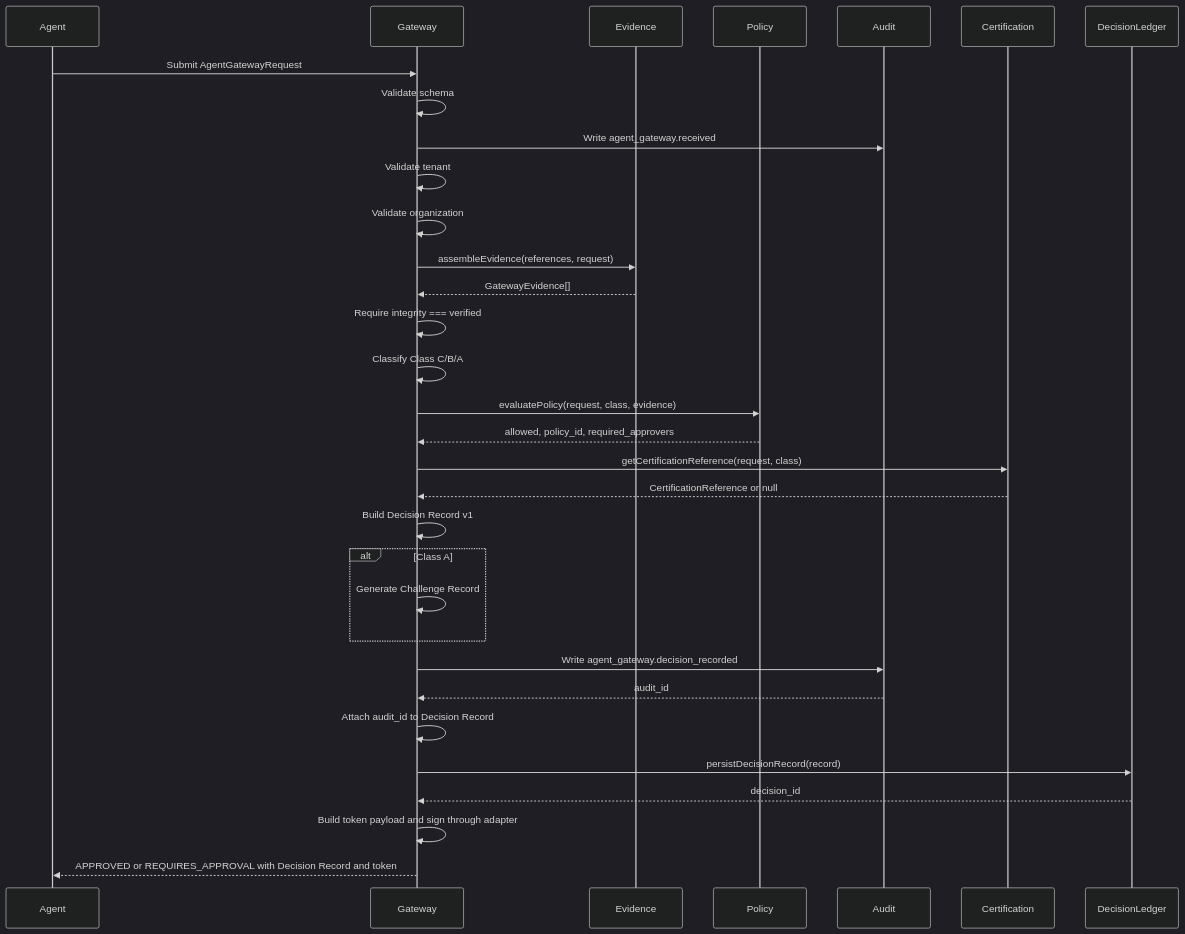
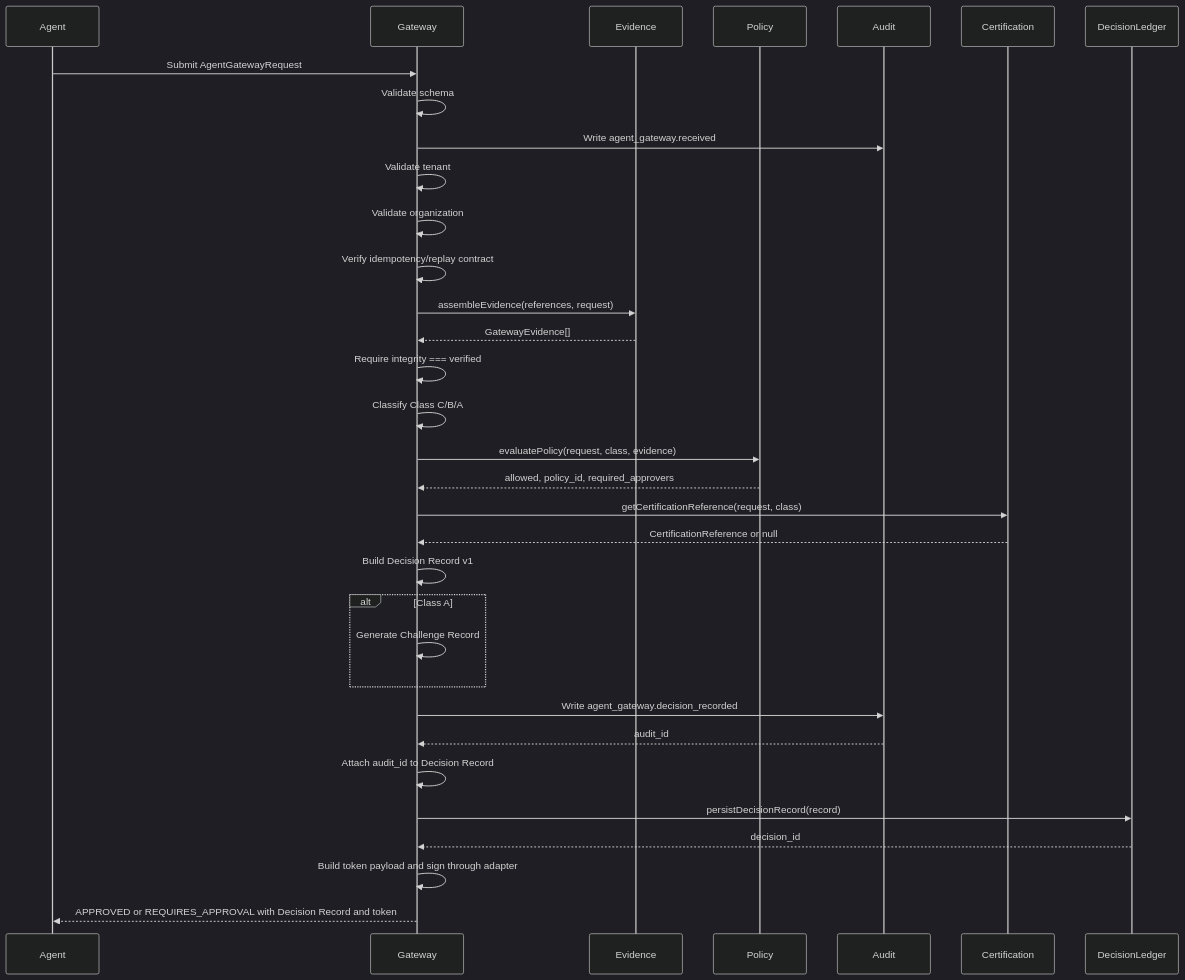
One commit to stanleymay20/quantisights-pro-ff2bbabf changed the second of 3 diagrams in docs/architecture/AG-1-Agent-Gateway.md. Above: the diagram before and after it, drawn with Mermaid (dark theme). The commit also changed other lines of this file and 2 other files, not shown here.

Commit message:
feat: harden agent gateway core

````diff
--- a/docs/architecture/AG-1-Agent-Gateway.md
+++ b/docs/architecture/AG-1-Agent-Gateway.md
@@ -388,35 +401,36 @@
 ```mermaid
 sequenceDiagram
   participant Agent
   participant Gateway
   participant Evidence
   participant Policy
   participant Audit
   participant Certification
   participant DecisionLedger
 
   Agent->>Gateway: Submit AgentGatewayRequest
   Gateway->>Gateway: Validate schema
   Gateway->>Audit: Write agent_gateway.received
   Gateway->>Gateway: Validate tenant
   Gateway->>Gateway: Validate organization
+  Gateway->>Gateway: Verify idempotency/replay contract
   Gateway->>Evidence: assembleEvidence(references, request)
   Evidence-->>Gateway: GatewayEvidence[]
   Gateway->>Gateway: Require integrity === verified
   Gateway->>Gateway: Classify Class C/B/A
   Gateway->>Policy: evaluatePolicy(request, class, evidence)
   Policy-->>Gateway: allowed, policy_id, required_approvers
   Gateway->>Certification: getCertificationReference(request, class)
   Certification-->>Gateway: CertificationReference or null
   Gateway->>Gateway: Build Decision Record v1
   alt Class A
     Gateway->>Gateway: Generate Challenge Record
   end
   Gateway->>Audit: Write agent_gateway.decision_recorded
   Audit-->>Gateway: audit_id
   Gateway->>Gateway: Attach audit_id to Decision Record
   Gateway->>DecisionLedger: persistDecisionRecord(record)
   DecisionLedger-->>Gateway: decision_id
   Gateway->>Gateway: Build token payload and sign through adapter
   Gateway-->>Agent: APPROVED or REQUIRES_APPROVAL with Decision Record and token
 ```
````
